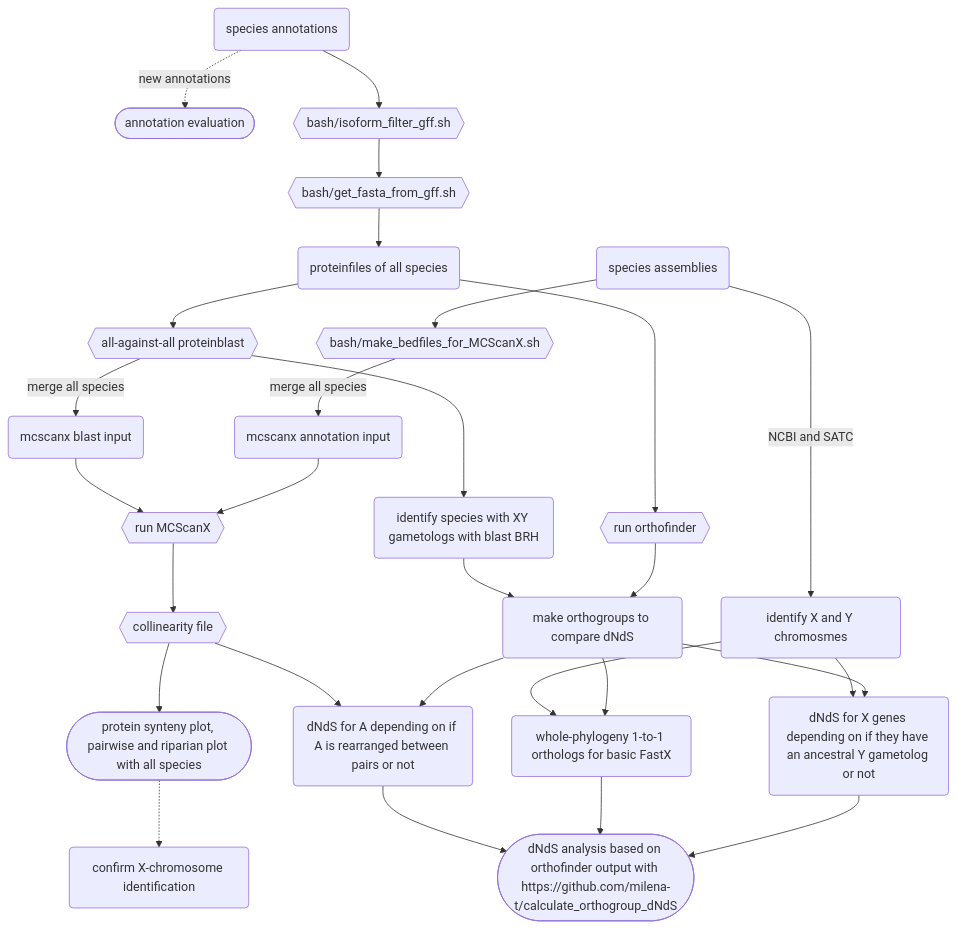
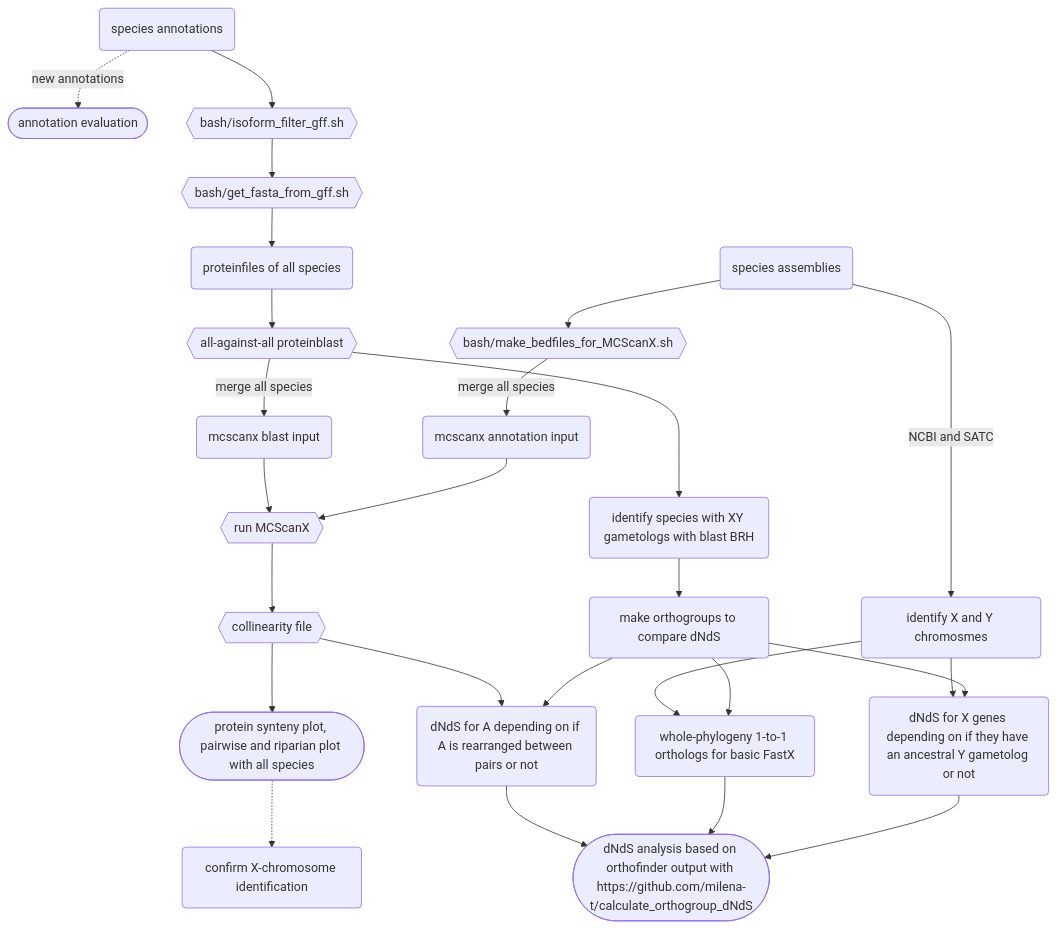
Before and after one commit to milena-t/PhD_chapter3: the diagram in README.md, drawn with Mermaid.

Commit message:
update flowchart

````diff
--- a/README.md
+++ b/README.md
@@ -55,46 +55,44 @@
 ```mermaid
 graph TD;
     species_Ass(species assemblies);
     species_Ass --> simplified_bed{{bash/make_bedfiles_for_MCScanX.sh}};
     simplified_bed -- merge all species --> mcscanx_bed(mcscanx annotation input);
     
     species_Ann(species annotations);
     species_Ann -. new annotations .-> BUSCO([annotation evaluation]);
     species_Ann --> is_filter{{bash/isoform_filter_gff.sh}};
     is_filter --> get_prot{{bash/get_fasta_from_gff.sh}};
     get_prot --> protfiles(proteinfiles of all species);
     protfiles --> blast{{all-against-all proteinblast}};
     blast -- merge all species --> mcscanx_blast(mcscanx blast input);
     
 
     mcscanx_bed --> run_mcscanx{{run MCScanX}};
     mcscanx_blast --> run_mcscanx
     run_mcscanx --> mcscanx_out{{collinearity file}}
     mcscanx_out --> mcscanx_plot([protein synteny plot, pairwise and riparian plot with all species])
     mcscanx_plot .-> conf_X(confirm X-chromosome identification)
 
     species_Ass -- NCBI and SATC --> XY_chr(identify X and Y chromosmes);
-    protfiles --> orthofinder{{run orthofinder}};
     
     blast --> XY_paralogs(identify species with XY gametologs with blast BRH);
     dNdS_groups(make orthogroups to compare dNdS);
-    orthofinder --> dNdS_groups;
     XY_paralogs --> dNdS_groups;
 
     rearrangeA(dNdS for A depending on if A is rearranged between pairs or not)
     basicFastX(whole-phylogeny 1-to-1 orthologs for basic FastX);
     gametologs(dNdS for X genes depending on if they have an ancestral Y gametolog or not);
 
     dNdS_groups --> gametologs;
     dNdS_groups --> basicFastX;
     dNdS_groups --> rearrangeA;
     XY_chr --> gametologs
     XY_chr --> basicFastX
     mcscanx_out --> rearrangeA
 
     OG_dNdS([dNdS analysis based on orthofinder output with https://github.com/milena-t/calculate_orthogroup_dNdS])
     gametologs --> OG_dNdS
     basicFastX --> OG_dNdS
     rearrangeA --> OG_dNdS
 
 ```   
````
